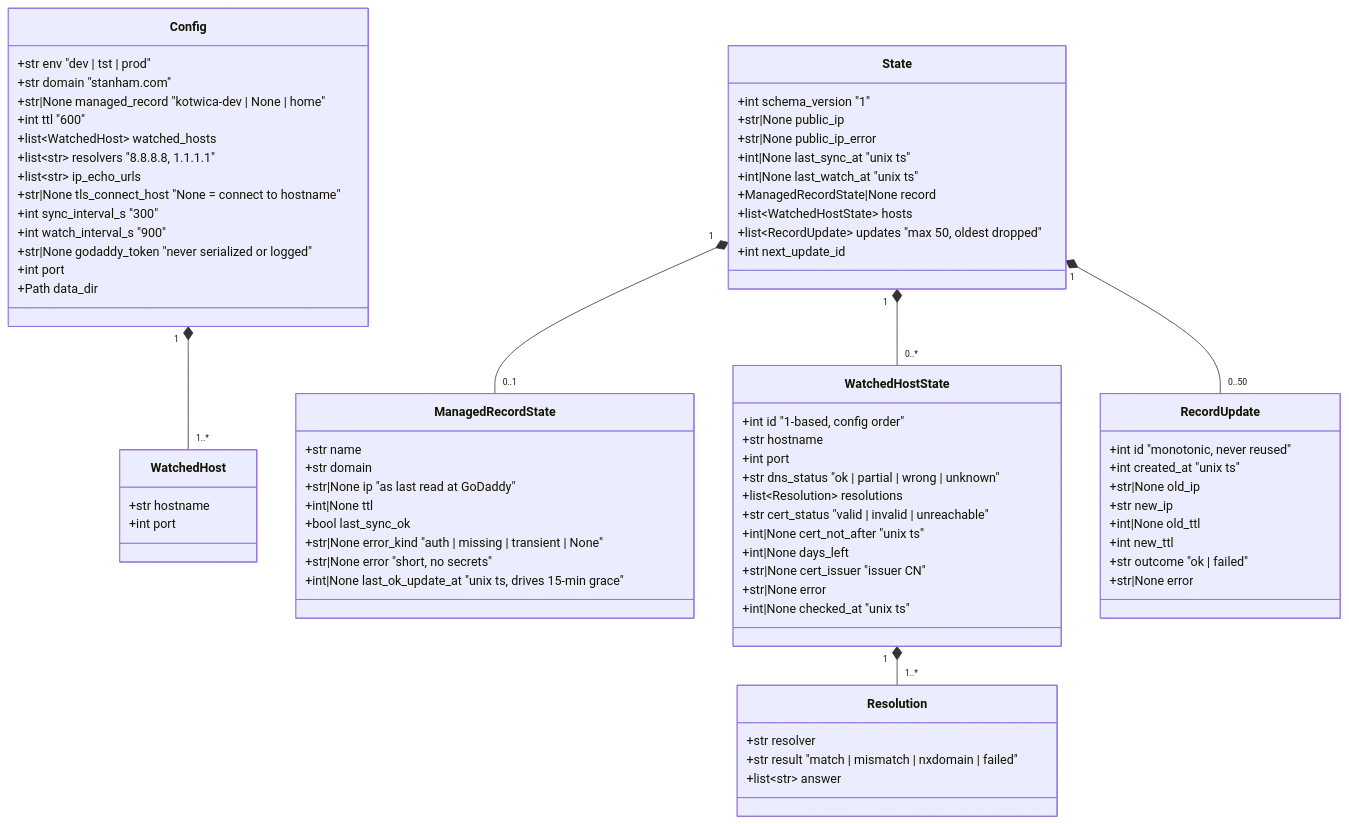
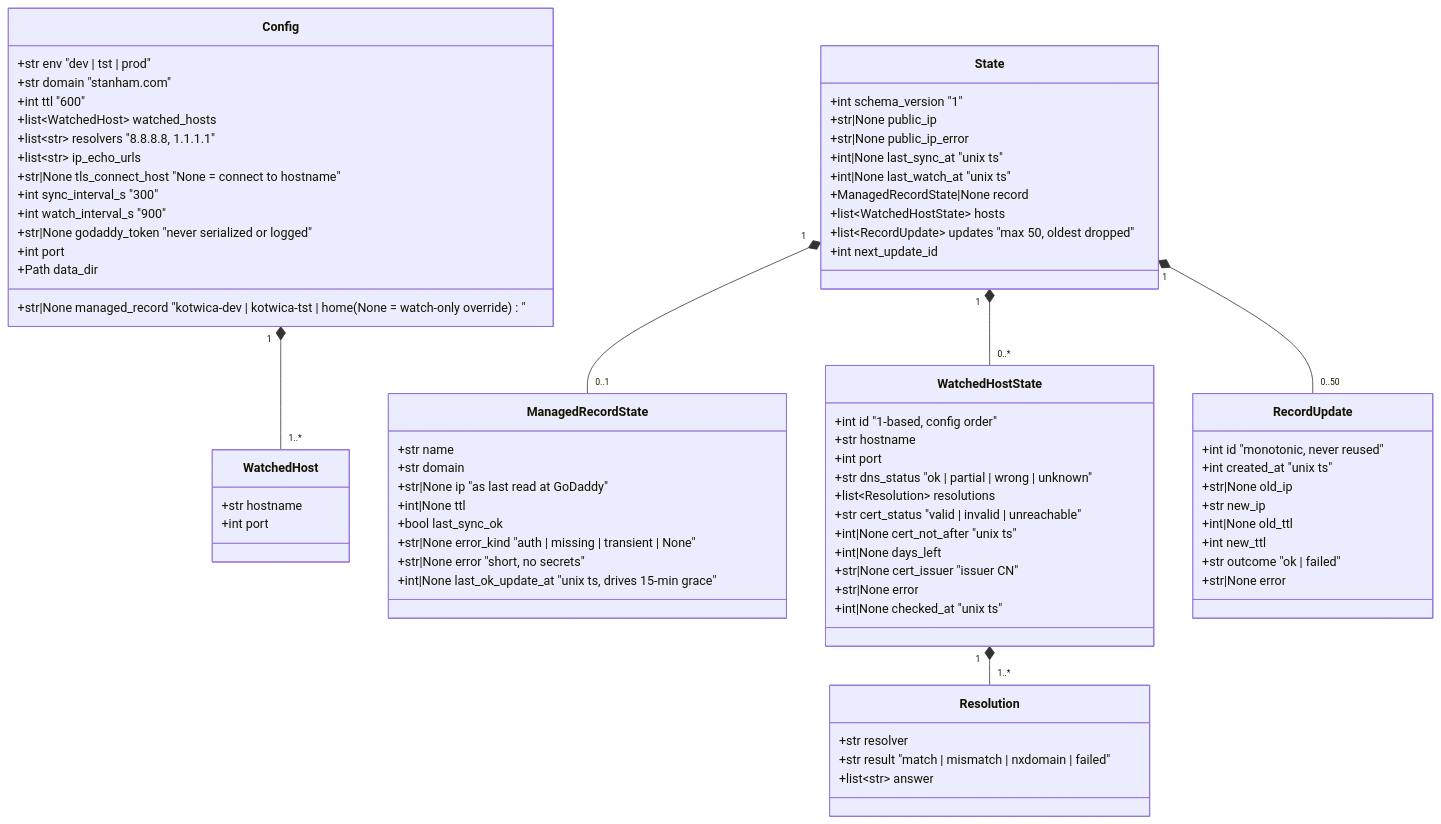
Before and after one commit to felipe-stanham/Kotwica: the diagram in docs/Projects/P-0001/data_model.md, drawn with Mermaid. The commit also changed 11 other files, not shown here.

First line of the commit message:
feat(T-0001): tst manages its own Managed Record (kotwica-tst)

```diff
--- a/docs/Projects/P-0001/data_model.md
+++ b/docs/Projects/P-0001/data_model.md
@@ -14,7 +14,7 @@
     class Config {
         +str env  "dev | tst | prod"
         +str domain  "stanham.com"
-        +str|None managed_record  "kotwica-dev | None | home"
+        +str|None managed_record  "kotwica-dev | kotwica-tst | home (None = watch-only override)"
         +int ttl  "600"
         +list~WatchedHost~ watched_hosts
         +list~str~ resolvers  "8.8.8.8, 1.1.1.1"
```
